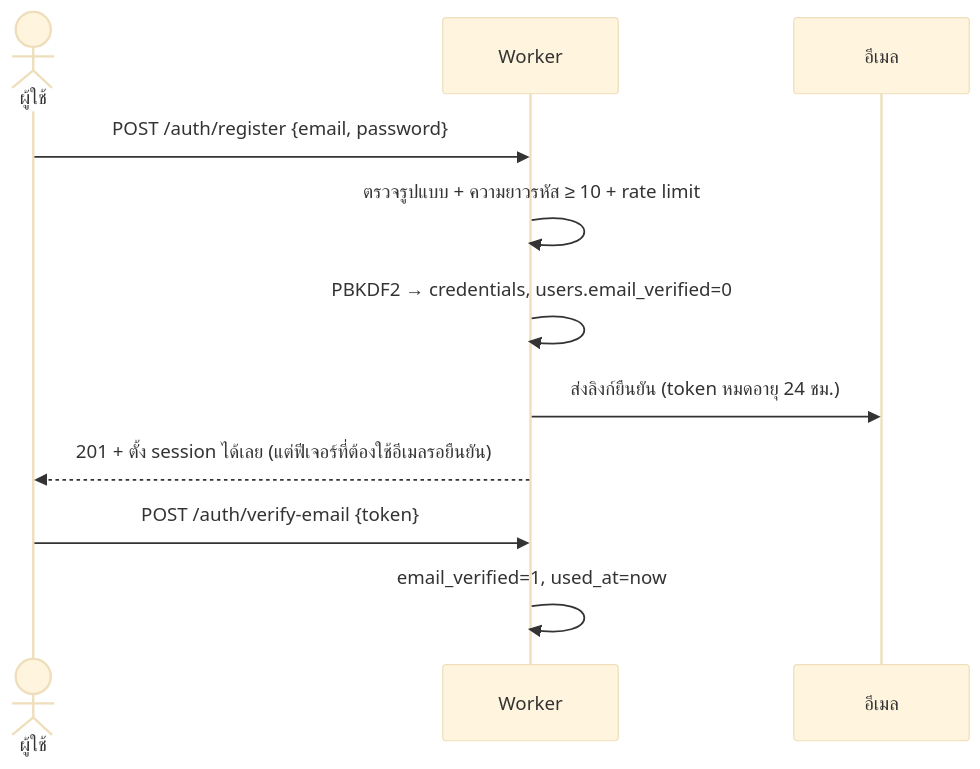
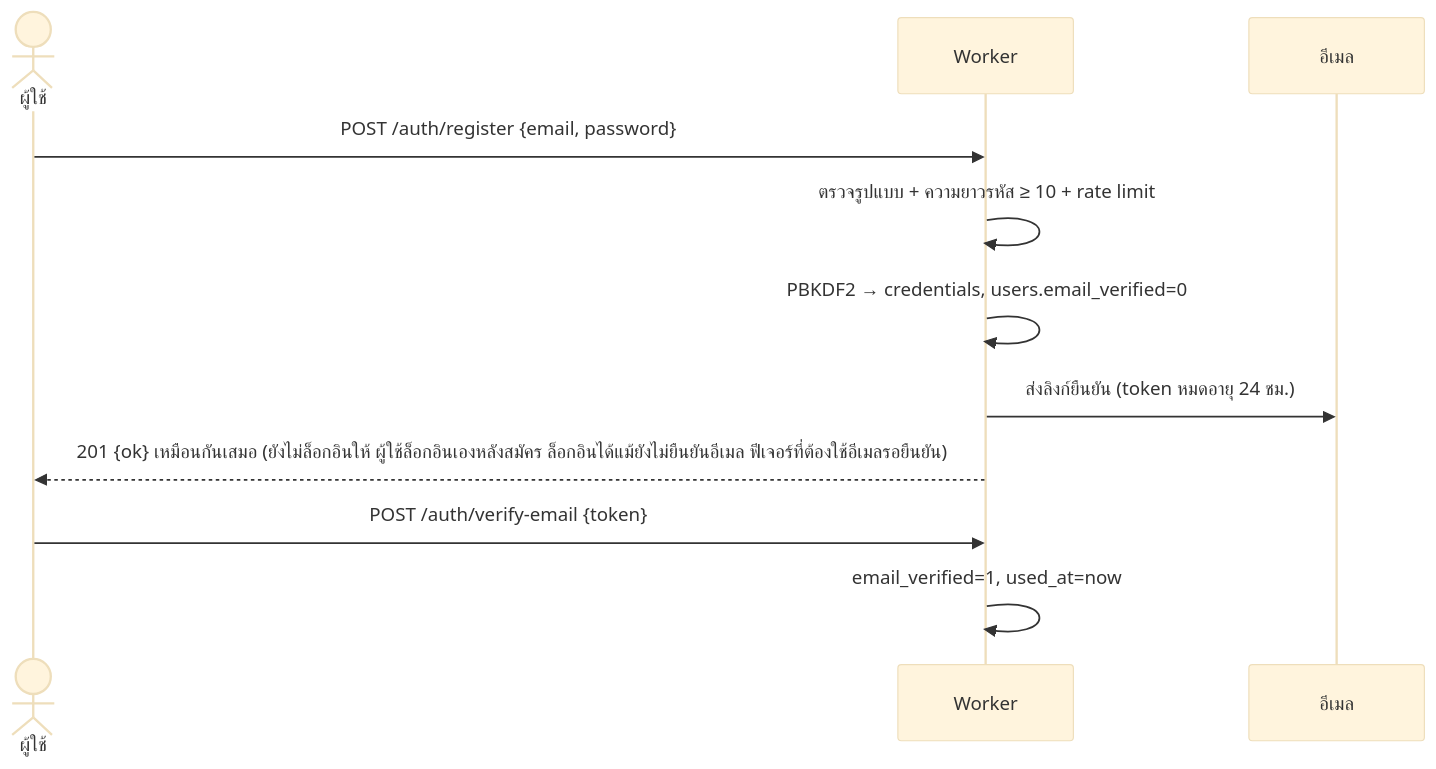
Before and after one commit to mindanao0/Taro: the fourth of 5 diagrams in docs/07_AUTH_BACKEND_PLAN_TH.md, drawn with Mermaid (base theme). The commit also changed other lines of this file and 11 other files, not shown here.

````diff
--- a/docs/07_AUTH_BACKEND_PLAN_TH.md
+++ b/docs/07_AUTH_BACKEND_PLAN_TH.md
@@ -228,13 +228,13 @@
 ```mermaid
 sequenceDiagram
   actor U as ผู้ใช้
   participant W as Worker
   participant M as อีเมล
   U->>W: POST /auth/register {email, password}
   W->>W: ตรวจรูปแบบ + ความยาวรหัส ≥ 10 + rate limit
   W->>W: PBKDF2 → credentials, users.email_verified=0
   W->>M: ส่งลิงก์ยืนยัน (token หมดอายุ 24 ชม.)
-  W-->>U: 201 + ตั้ง session ได้เลย (แต่ฟีเจอร์ที่ต้องใช้อีเมลรอยืนยัน)
+  W-->>U: 201 {ok} เหมือนกันเสมอ (ยังไม่ล็อกอินให้ ผู้ใช้ล็อกอินเองหลังสมัคร ล็อกอินได้แม้ยังไม่ยืนยันอีเมล ฟีเจอร์ที่ต้องใช้อีเมลรอยืนยัน)
   U->>W: POST /auth/verify-email {token}
   W->>W: email_verified=1, used_at=now
 ```
````
